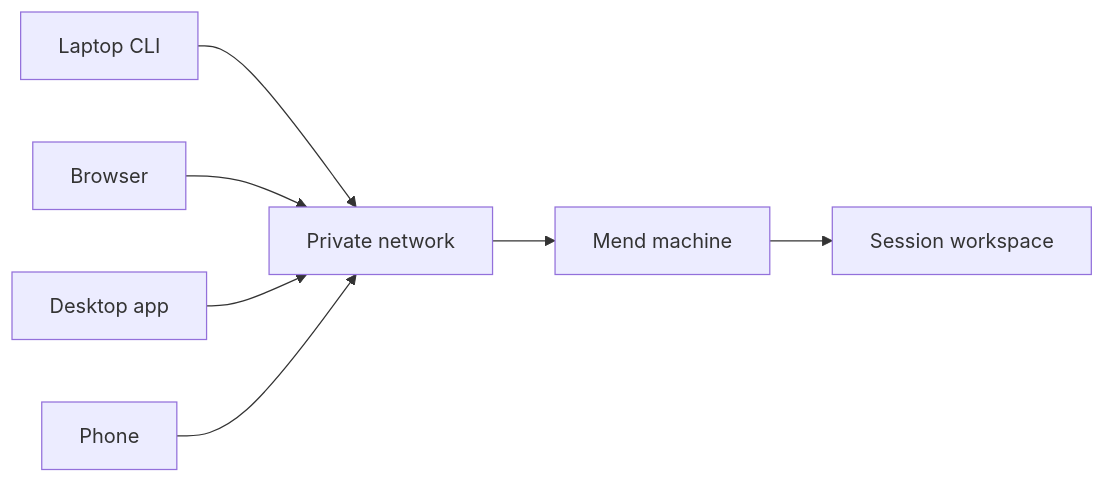
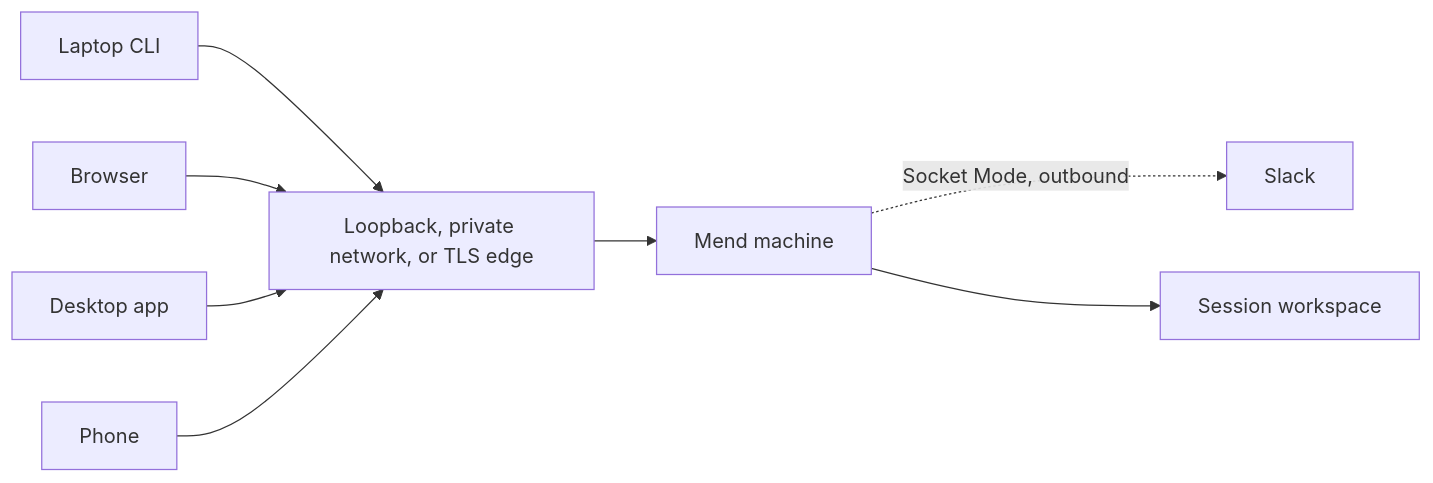
Before and after one commit to sealant-sh/mend: the diagram in apps/docs/src/content/docs/guides/remote-access.md, drawn with Mermaid. The commit also changed other lines of this file and 19 other files, not shown here.

````diff
--- a/apps/docs/src/content/docs/guides/remote-access.md
+++ b/apps/docs/src/content/docs/guides/remote-access.md
@@ -13,16 +13,18 @@
 ```mermaid
 flowchart LR
   laptop[Laptop CLI]
   browser[Browser]
   desktop[Desktop app]
   phone[Phone]
-  private[Private network]
+  slack[Slack]
+  path[Loopback, private network, or TLS edge]
   mend[Mend machine]
   session[Session workspace]
 
-  laptop --> private
-  browser --> private
-  desktop --> private
-  phone --> private
-  private --> mend --> session
+  laptop --> path
+  browser --> path
+  desktop --> path
+  phone --> path
+  mend -. Socket Mode, outbound .-> slack
+  path --> mend --> session
 ```
````
